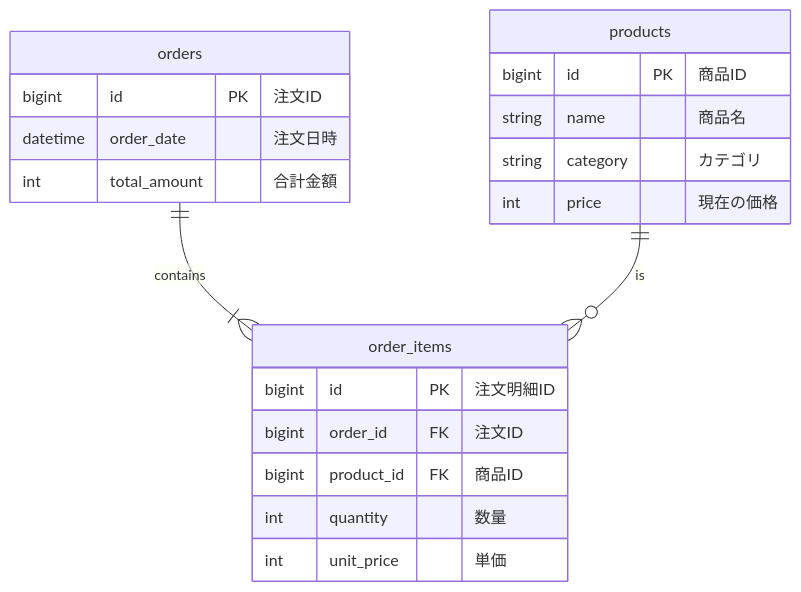
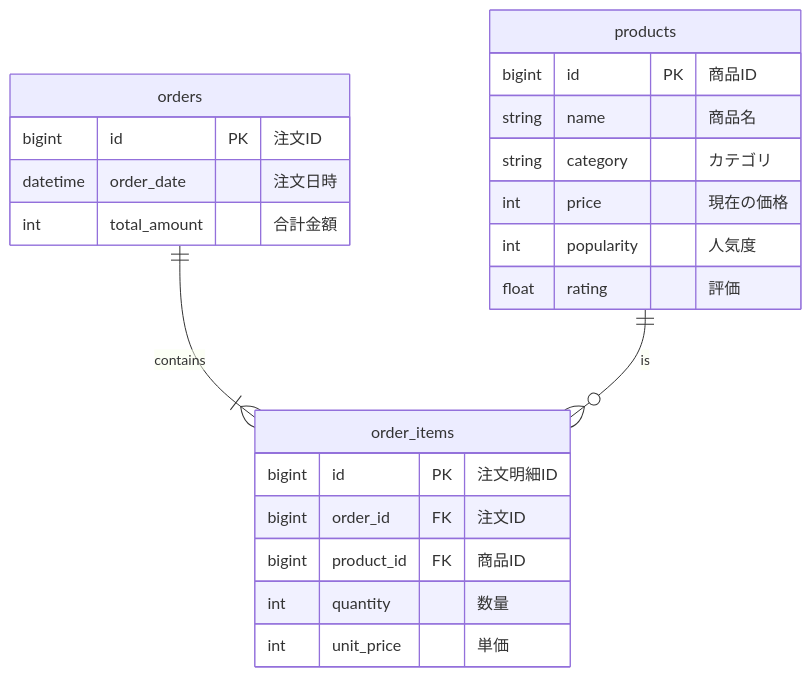
The diagram in docs/specs/database_design.md (tomooshima0828/portfolio-nuxt-rails-dashboard), drawn with Mermaid before and after one commit. The commit also changed 18 other files, not shown here.

First line of the commit message:
feat: Implement database schema and API endpoints for dashboard

````diff
--- a/docs/specs/database_design.md
+++ b/docs/specs/database_design.md
@@ -13,26 +13,28 @@
 ```mermaid
 erDiagram
     orders {
         bigint id PK "注文ID"
         datetime order_date "注文日時"
         int total_amount "合計金額"
     }
 
     order_items {
         bigint id PK "注文明細ID"
         bigint order_id FK "注文ID"
         bigint product_id FK "商品ID"
         int quantity "数量"
         int unit_price "単価"
     }
 
     products {
         bigint id PK "商品ID"
         string name "商品名"
         string category "カテゴリ"
         int price "現在の価格"
+        int popularity "人気度"
+        float rating "評価"
     }
 
     orders ||--|{ order_items : "contains"
     products ||--o{ order_items : "is"
 ```
````
